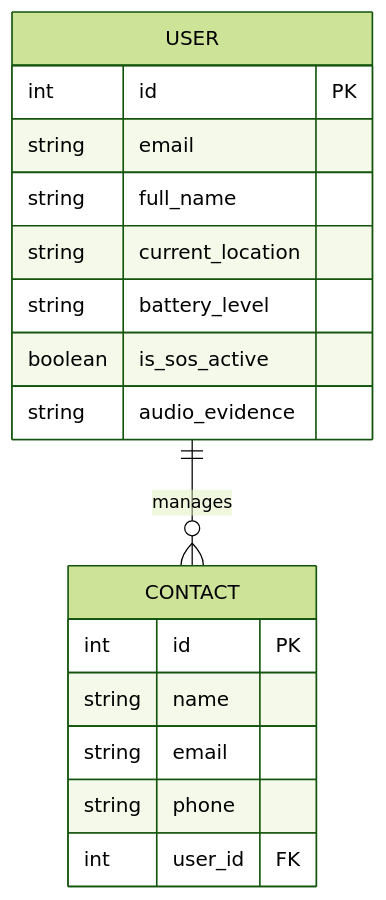
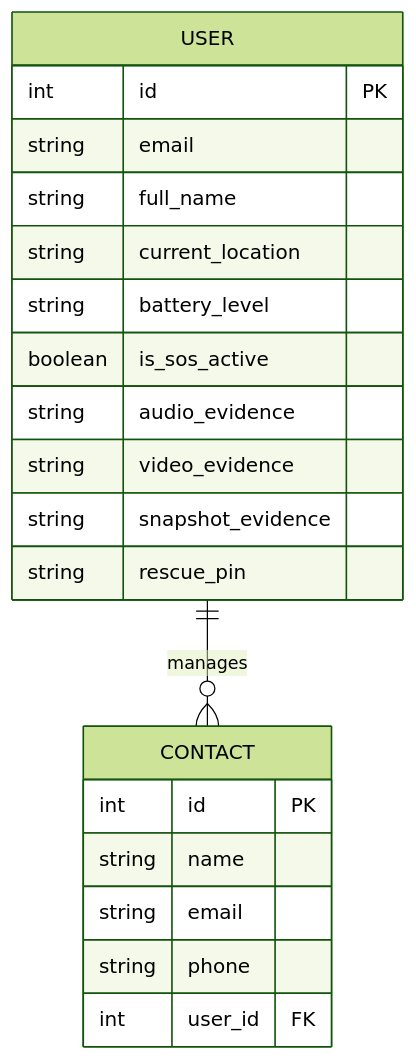
The third of 4 diagrams in Guardian_Elite_Final_Report.md (Kumar2029/Emergency-Alert-App), drawn with Mermaid (forest theme) before and after one commit. The commit also changed other lines of this file and 6 other files, not shown here.

````diff
--- a/Guardian_Elite_Final_Report.md
+++ b/Guardian_Elite_Final_Report.md
@@ -120,20 +113,23 @@
 ```mermaid
 erDiagram
     USER {
         int id PK
         string email
         string full_name
         string current_location
         string battery_level
         boolean is_sos_active
         string audio_evidence
+        string video_evidence
+        string snapshot_evidence
+        string rescue_pin
     }
     CONTACT {
         int id PK
         string name
         string email
         string phone
         int user_id FK
     }
     USER ||--o{ CONTACT : manages
 ```
````
